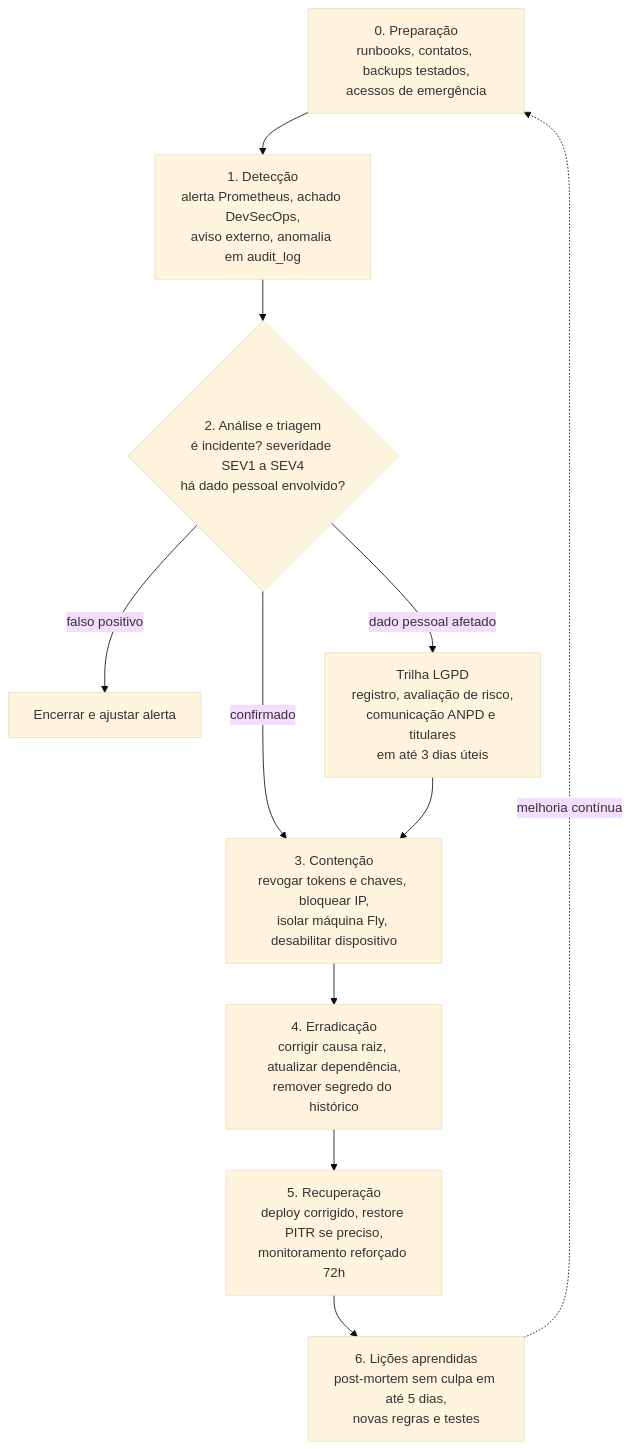
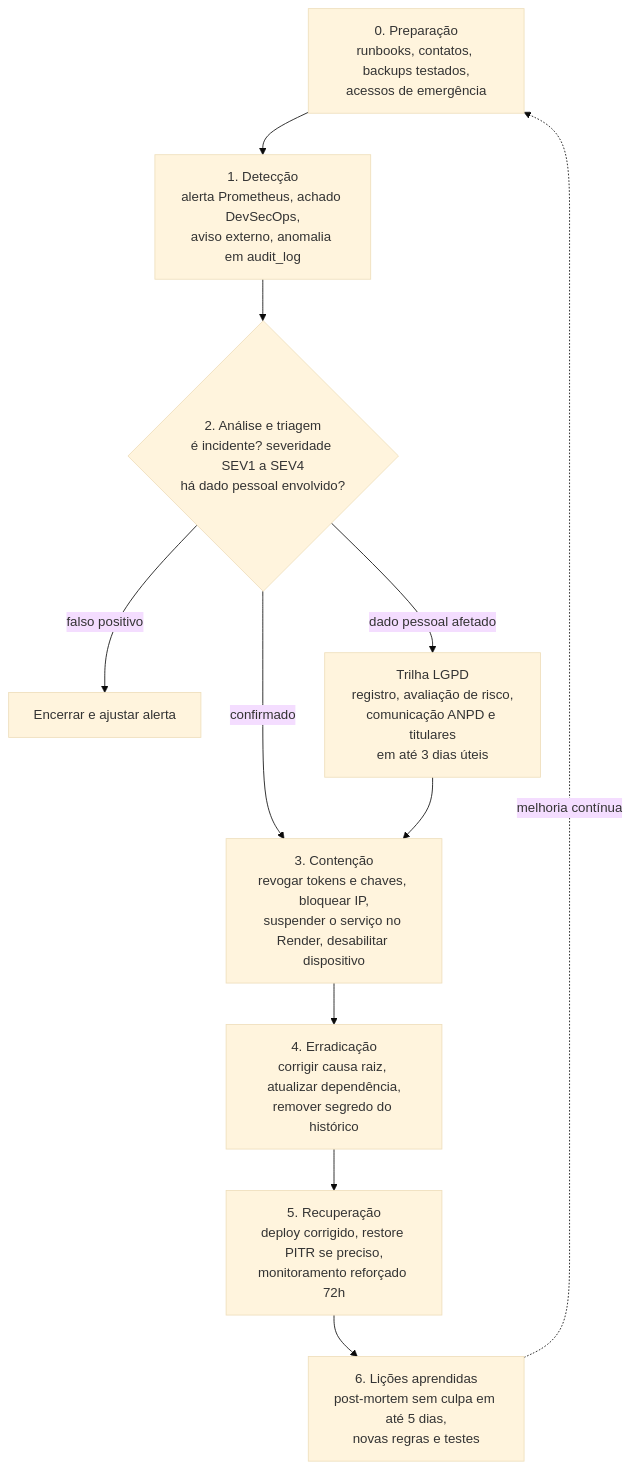
The diagram in academic/cyber/sprint3/diagrams/04_resposta_incidentes.mmd (fwd-ford/forward-docs), drawn with Mermaid (base theme) before and after one commit. The commit also changed 17 other files, not shown here.

```diff
--- a/academic/cyber/sprint3/diagrams/04_resposta_incidentes.mmd
+++ b/academic/cyber/sprint3/diagrams/04_resposta_incidentes.mmd
@@ -1,13 +1,13 @@
 flowchart TD
   A["0. Preparação<br/>runbooks, contatos, backups testados,<br/>acessos de emergência"] --> B
   B["1. Detecção<br/>alerta Prometheus, achado DevSecOps,<br/>aviso externo, anomalia em audit_log"] --> C
   C{"2. Análise e triagem<br/>é incidente? severidade SEV1 a SEV4<br/>há dado pessoal envolvido?"}
   C -- "falso positivo" --> Z["Encerrar e ajustar alerta"]
   C -- "confirmado" --> D
-  D["3. Contenção<br/>revogar tokens e chaves, bloquear IP,<br/>isolar máquina Fly, desabilitar dispositivo"] --> E
+  D["3. Contenção<br/>revogar tokens e chaves, bloquear IP,<br/>suspender o serviço no Render, desabilitar dispositivo"] --> E
   E["4. Erradicação<br/>corrigir causa raiz, atualizar dependência,<br/>remover segredo do histórico"] --> F
   F["5. Recuperação<br/>deploy corrigido, restore PITR se preciso,<br/>monitoramento reforçado 72h"] --> G
   G["6. Lições aprendidas<br/>post-mortem sem culpa em até 5 dias,<br/>novas regras e testes"]
   C -- "dado pessoal afetado" --> L["Trilha LGPD<br/>registro, avaliação de risco,<br/>comunicação ANPD e titulares<br/>em até 3 dias úteis"]
   L --> D
   G -. "melhoria contínua" .-> A
```
